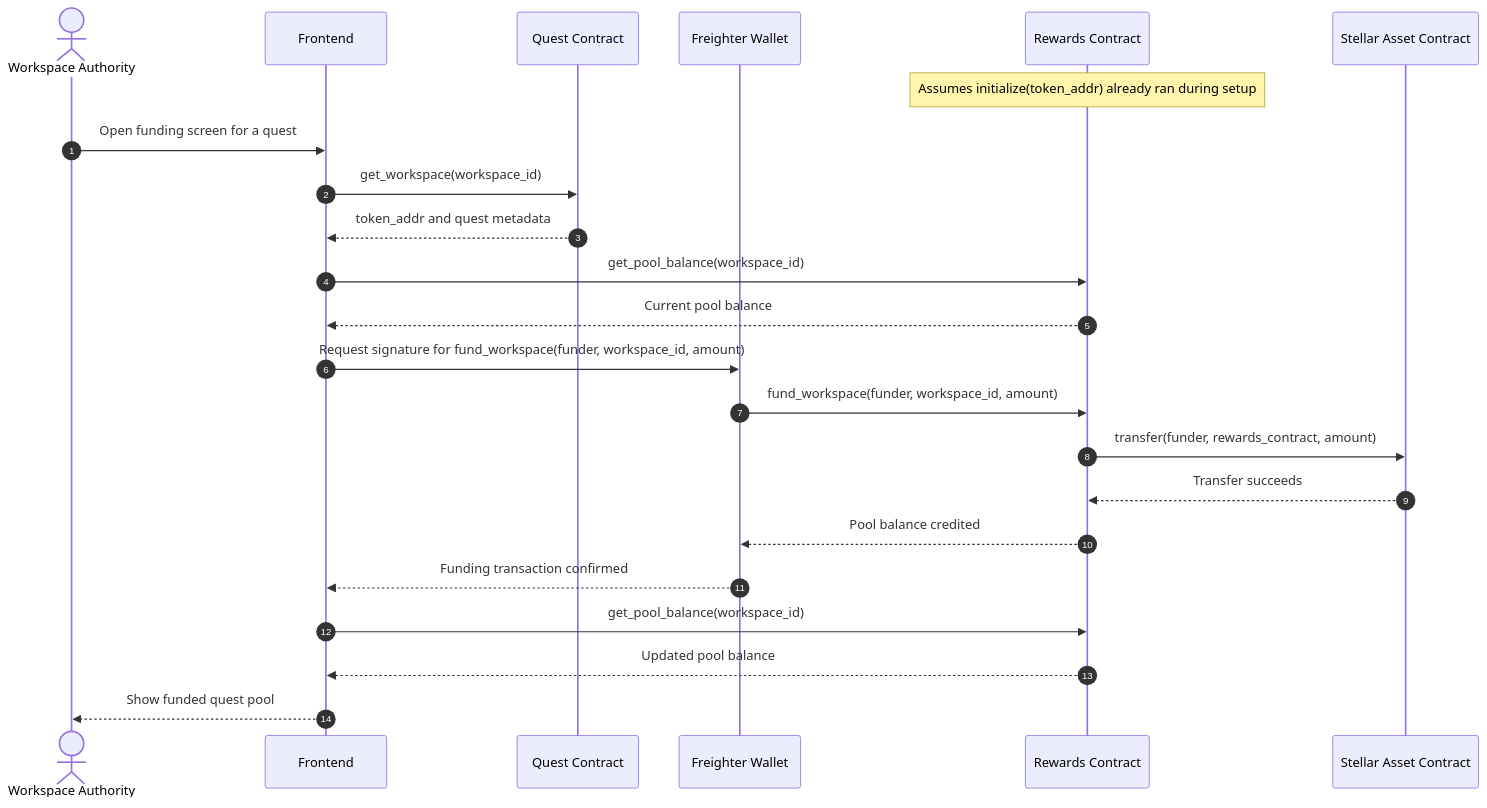
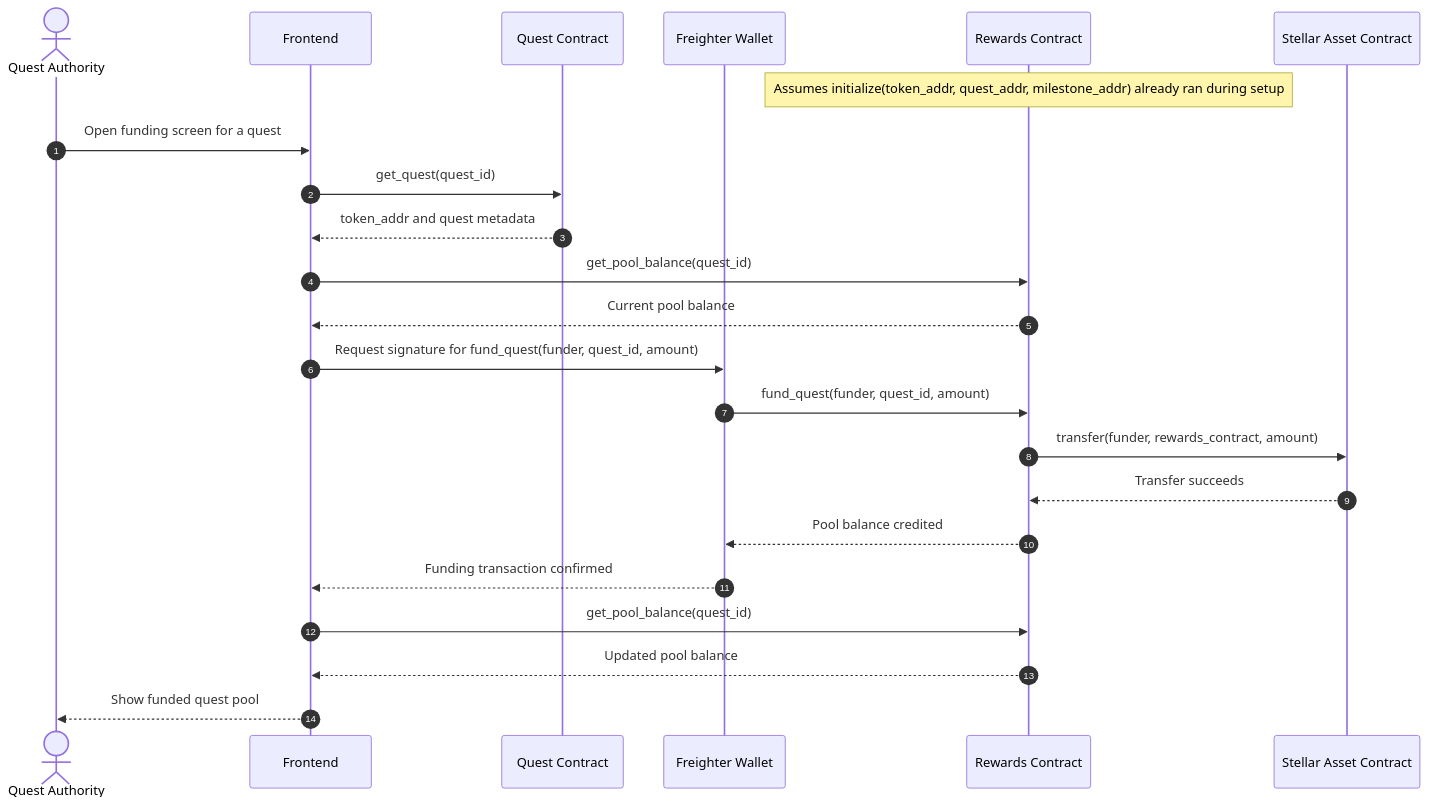
Before and after one commit to lernza/lernza: the diagram in docs/funding-flow.md, drawn with Mermaid. The commit also changed 2 other files, not shown here.

First paragraph of the commit message:
docs(rewards): document quest-only naming and migrate indexer-facing flows
Closes #688. The rewards contract source itself has been free of
"workspace" references since the rename in commit 1bcc507. This change
addresses the second half of the issue (indexer-facing surface):

````diff
--- a/docs/funding-flow.md
+++ b/docs/funding-flow.md
@@ -5,27 +5,27 @@
 ```mermaid
 sequenceDiagram
     autonumber
-    actor Authority as Workspace Authority
+    actor Authority as Quest Authority
     participant FE as Frontend
     participant Quest as Quest Contract
     participant Wallet as Freighter Wallet
     participant Rewards as Rewards Contract
     participant Token as Stellar Asset Contract
 
-    Note over Rewards: Assumes initialize(token_addr) already ran during setup
+    Note over Rewards: Assumes initialize(token_addr, quest_addr, milestone_addr) already ran during setup
 
     Authority->>FE: Open funding screen for a quest
-    FE->>Quest: get_workspace(workspace_id)
+    FE->>Quest: get_quest(quest_id)
     Quest-->>FE: token_addr and quest metadata
-    FE->>Rewards: get_pool_balance(workspace_id)
+    FE->>Rewards: get_pool_balance(quest_id)
     Rewards-->>FE: Current pool balance
-    FE->>Wallet: Request signature for fund_workspace(funder, workspace_id, amount)
-    Wallet->>Rewards: fund_workspace(funder, workspace_id, amount)
+    FE->>Wallet: Request signature for fund_quest(funder, quest_id, amount)
+    Wallet->>Rewards: fund_quest(funder, quest_id, amount)
     Rewards->>Token: transfer(funder, rewards_contract, amount)
     Token-->>Rewards: Transfer succeeds
     Rewards-->>Wallet: Pool balance credited
     Wallet-->>FE: Funding transaction confirmed
-    FE->>Rewards: get_pool_balance(workspace_id)
+    FE->>Rewards: get_pool_balance(quest_id)
     Rewards-->>FE: Updated pool balance
     FE-->>Authority: Show funded quest pool
 ```
````
